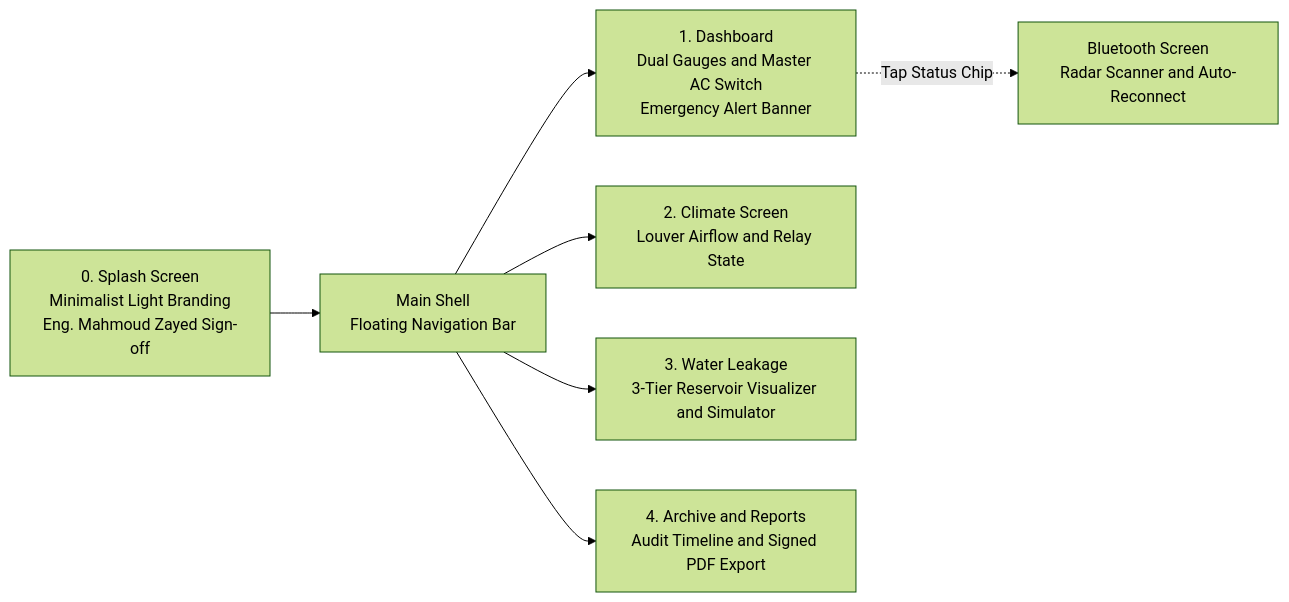
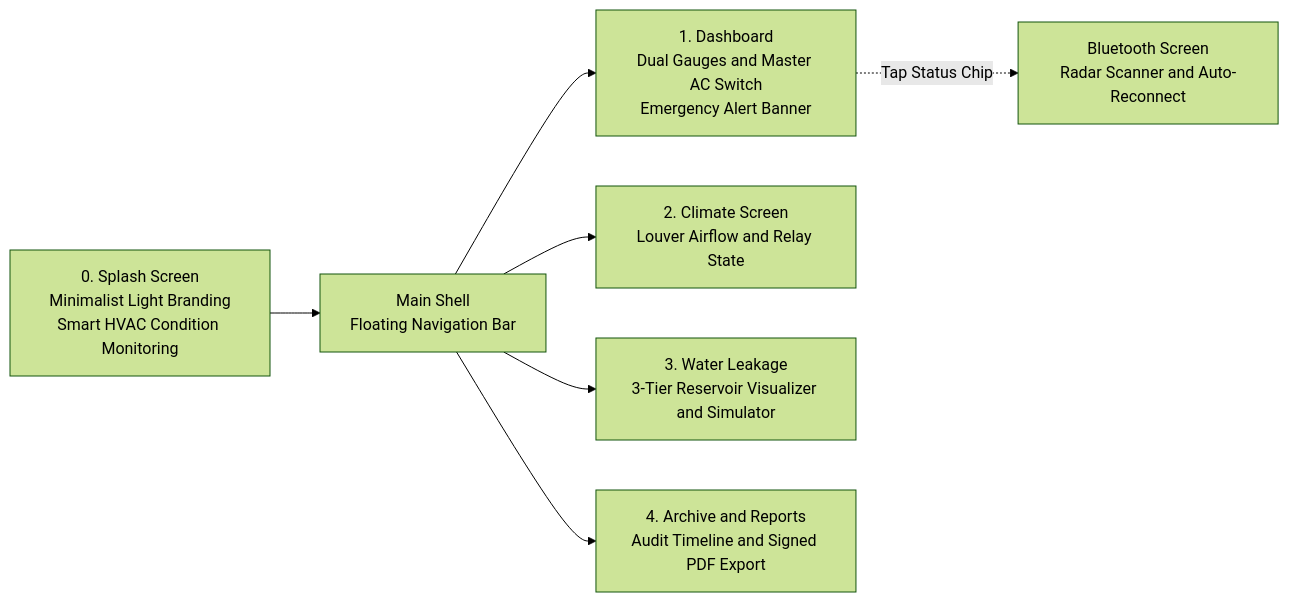
The fourth of 4 diagrams in README.md (hassanIssa00/AC-Smart-Control), drawn with Mermaid (forest theme) before and after one commit. The commit also changed other lines of this file and 29 other files, not shown here.

````diff
--- a/README.md
+++ b/README.md
@@ -187,17 +187,17 @@
 ```mermaid
 flowchart LR
-    SPLASH["0. Splash Screen<br/>Minimalist Light Branding<br/>Eng. Mahmoud Zayed Sign-off"]
+    SPLASH["0. Splash Screen<br/>Minimalist Light Branding<br/>Smart HVAC Condition Monitoring"]
     NAV["Main Shell<br/>Floating Navigation Bar"]
     TAB1["1. Dashboard<br/>Dual Gauges and Master AC Switch<br/>Emergency Alert Banner"]
     TAB2["2. Climate Screen<br/>Louver Airflow and Relay State"]
     TAB3["3. Water Leakage<br/>3-Tier Reservoir Visualizer and Simulator"]
     TAB4["4. Archive and Reports<br/>Audit Timeline and Signed PDF Export"]
     BT["Bluetooth Screen<br/>Radar Scanner and Auto-Reconnect"]
 
     SPLASH --> NAV
     NAV --> TAB1
     NAV --> TAB2
     NAV --> TAB3
     NAV --> TAB4
     TAB1 -.->|Tap Status Chip| BT
 ```
````
